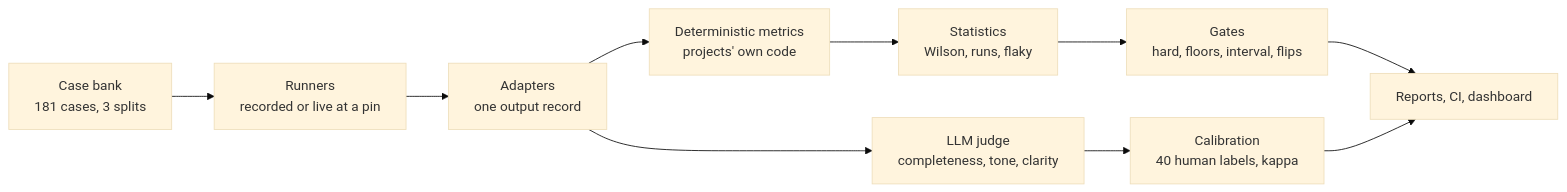
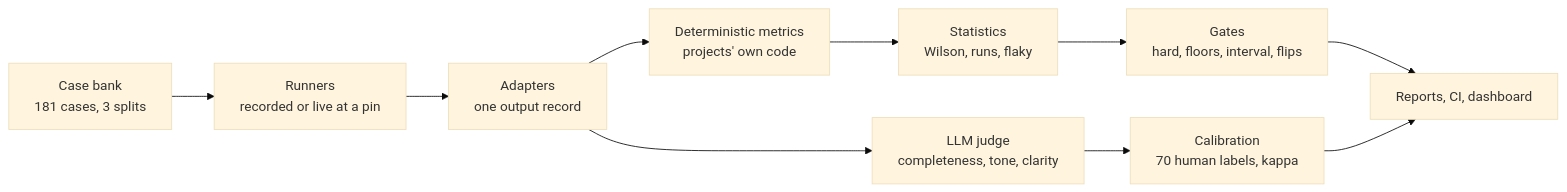
The first of 2 diagrams in README.md (vamsialladev/eval-harness), drawn with Mermaid (base theme) before and after one commit. The commit also changed other lines of this file and 12 other files, not shown here.

````diff
--- a/README.md
+++ b/README.md
@@ -90,12 +90,12 @@
 ```mermaid
 flowchart LR
     C[Case bank<br/>181 cases, 3 splits] --> R[Runners<br/>recorded or live at a pin]
     R --> A[Adapters<br/>one output record]
     A --> M[Deterministic metrics<br/>projects' own code]
     A --> J[LLM judge<br/>completeness, tone, clarity]
-    J --> K[Calibration<br/>40 human labels, kappa]
+    J --> K[Calibration<br/>70 human labels, kappa]
     M --> S[Statistics<br/>Wilson, runs, flaky]
     S --> G[Gates<br/>hard, floors, interval, flips]
     G --> O[Reports, CI, dashboard]
     K --> O
 ```
````
